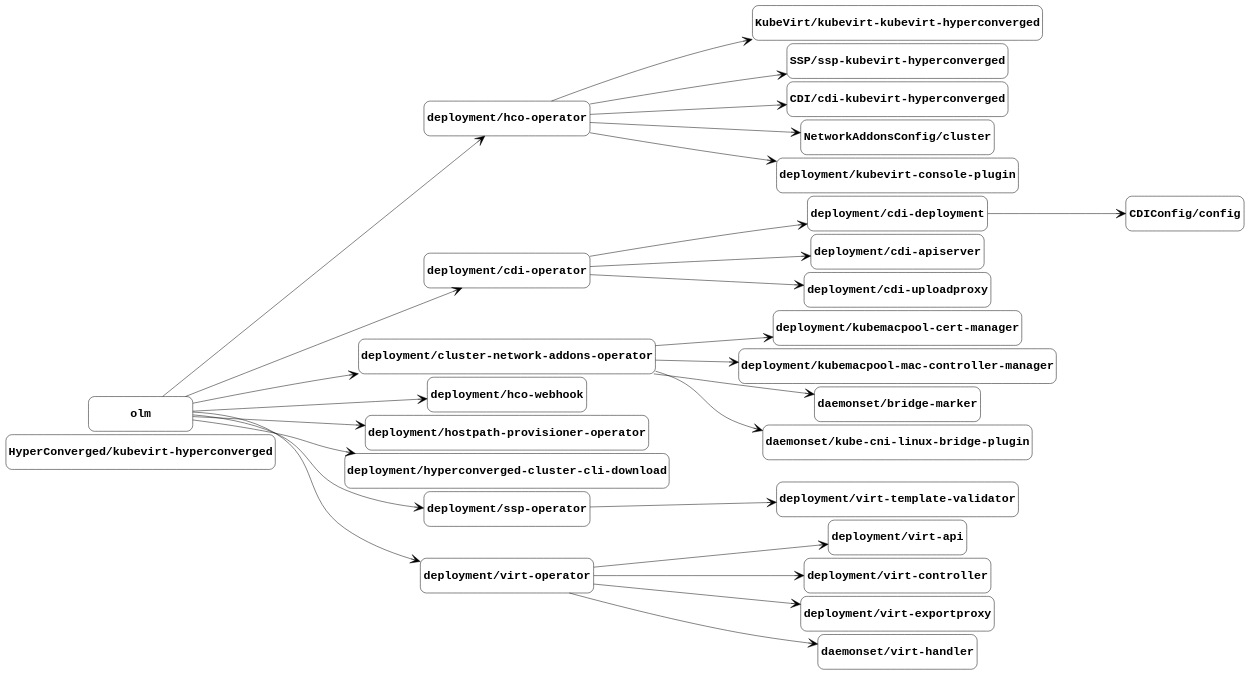
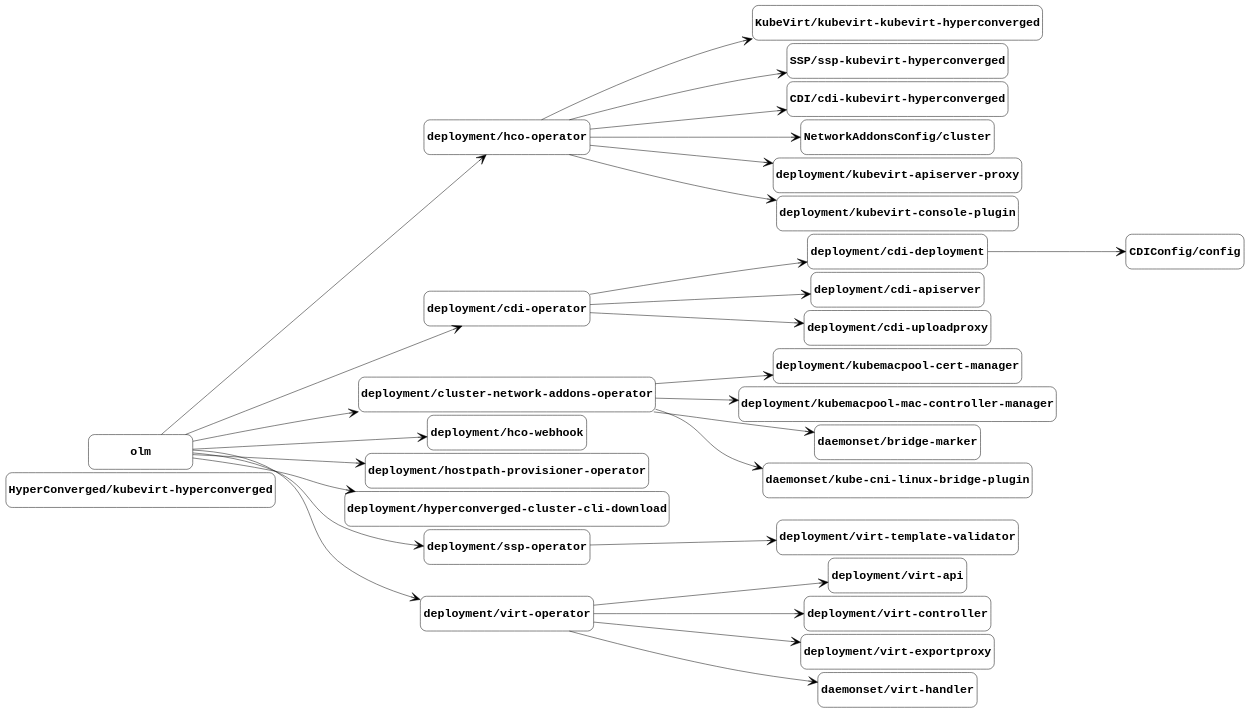
The diagram in docs/managed-by.gv (kubevirt/kubevirt), drawn with Graphviz before and after one commit. The commit also changed 3 other files, not shown here.

Commit message:
Update component graphs from the nightly job (#2408)

```diff
--- a/docs/managed-by.gv
+++ b/docs/managed-by.gv
@@ -1,84 +1,87 @@
 digraph "managed-by" {
 	graph [center=true margin=0.2 nodesep=0.1 rankdir=LR ranksep=2]
 	node [fontname="Courier-Bold" fontsize=24 height=1 shape=box style=rounded width=3]
 	edge [arrowhead=vee arrowsize=2]
 	"HyperConverged/kubevirt-hyperconverged" [label="HyperConverged/kubevirt-hyperconverged"]
 	"KubeVirt/kubevirt-kubevirt-hyperconverged" [label="KubeVirt/kubevirt-kubevirt-hyperconverged"]
 	"deployment/hco-operator" [label="deployment/hco-operator"]
 	"deployment/hco-operator" -> "KubeVirt/kubevirt-kubevirt-hyperconverged"
 	"SSP/ssp-kubevirt-hyperconverged" [label="SSP/ssp-kubevirt-hyperconverged"]
 	"deployment/hco-operator" [label="deployment/hco-operator"]
 	"deployment/hco-operator" -> "SSP/ssp-kubevirt-hyperconverged"
 	"CDI/cdi-kubevirt-hyperconverged" [label="CDI/cdi-kubevirt-hyperconverged"]
 	"deployment/hco-operator" [label="deployment/hco-operator"]
 	"deployment/hco-operator" -> "CDI/cdi-kubevirt-hyperconverged"
 	"CDIConfig/config" [label="CDIConfig/config"]
 	"deployment/cdi-deployment" [label="deployment/cdi-deployment"]
 	"deployment/cdi-deployment" -> "CDIConfig/config"
 	"NetworkAddonsConfig/cluster" [label="NetworkAddonsConfig/cluster"]
 	"deployment/hco-operator" [label="deployment/hco-operator"]
 	"deployment/hco-operator" -> "NetworkAddonsConfig/cluster"
 	"deployment/cdi-apiserver" [label="deployment/cdi-apiserver"]
 	"deployment/cdi-operator" [label="deployment/cdi-operator"]
 	"deployment/cdi-operator" -> "deployment/cdi-apiserver"
 	"deployment/cdi-deployment" [label="deployment/cdi-deployment"]
 	"deployment/cdi-operator" [label="deployment/cdi-operator"]
 	"deployment/cdi-operator" -> "deployment/cdi-deployment"
 	"deployment/cdi-operator" [label="deployment/cdi-operator"]
 	olm [label=olm]
 	olm -> "deployment/cdi-operator"
 	"deployment/cdi-uploadproxy" [label="deployment/cdi-uploadproxy"]
 	"deployment/cdi-operator" [label="deployment/cdi-operator"]
 	"deployment/cdi-operator" -> "deployment/cdi-uploadproxy"
 	"deployment/cluster-network-addons-operator" [label="deployment/cluster-network-addons-operator"]
 	olm [label=olm]
 	olm -> "deployment/cluster-network-addons-operator"
 	"deployment/hco-operator" [label="deployment/hco-operator"]
 	olm [label=olm]
 	olm -> "deployment/hco-operator"
 	"deployment/hco-webhook" [label="deployment/hco-webhook"]
 	olm [label=olm]
 	olm -> "deployment/hco-webhook"
 	"deployment/hostpath-provisioner-operator" [label="deployment/hostpath-provisioner-operator"]
 	olm [label=olm]
 	olm -> "deployment/hostpath-provisioner-operator"
 	"deployment/hyperconverged-cluster-cli-download" [label="deployment/hyperconverged-cluster-cli-download"]
 	olm [label=olm]
 	olm -> "deployment/hyperconverged-cluster-cli-download"
 	"deployment/kubemacpool-cert-manager" [label="deployment/kubemacpool-cert-manager"]
 	"deployment/cluster-network-addons-operator" [label="deployment/cluster-network-addons-operator"]
 	"deployment/cluster-network-addons-operator" -> "deployment/kubemacpool-cert-manager"
 	"deployment/kubemacpool-mac-controller-manager" [label="deployment/kubemacpool-mac-controller-manager"]
 	"deployment/cluster-network-addons-operator" [label="deployment/cluster-network-addons-operator"]
 	"deployment/cluster-network-addons-operator" -> "deployment/kubemacpool-mac-controller-manager"
+	"deployment/kubevirt-apiserver-proxy" [label="deployment/kubevirt-apiserver-proxy"]
+	"deployment/hco-operator" [label="deployment/hco-operator"]
+	"deployment/hco-operator" -> "deployment/kubevirt-apiserver-proxy"
 	"deployment/kubevirt-console-plugin" [label="deployment/kubevirt-console-plugin"]
 	"deployment/hco-operator" [label="deployment/hco-operator"]
 	"deployment/hco-operator" -> "deployment/kubevirt-console-plugin"
 	"deployment/ssp-operator" [label="deployment/ssp-operator"]
 	olm [label=olm]
 	olm -> "deployment/ssp-operator"
 	"deployment/virt-api" [label="deployment/virt-api"]
 	"deployment/virt-operator" [label="deployment/virt-operator"]
 	"deployment/virt-operator" -> "deployment/virt-api"
 	"deployment/virt-controller" [label="deployment/virt-controller"]
 	"deployment/virt-operator" [label="deployment/virt-operator"]
 	"deployment/virt-operator" -> "deployment/virt-controller"
 	"deployment/virt-exportproxy" [label="deployment/virt-exportproxy"]
 	"deployment/virt-operator" [label="deployment/virt-operator"]
 	"deployment/virt-operator" -> "deployment/virt-exportproxy"
 	"deployment/virt-operator" [label="deployment/virt-operator"]
 	olm [label=olm]
 	olm -> "deployment/virt-operator"
 	"deployment/virt-template-validator" [label="deployment/virt-template-validator"]
 	"deployment/ssp-operator" [label="deployment/ssp-operator"]
 	"deployment/ssp-operator" -> "deployment/virt-template-validator"
 	"daemonset/bridge-marker" [label="daemonset/bridge-marker"]
 	"deployment/cluster-network-addons-operator" [label="deployment/cluster-network-addons-operator"]
 	"deployment/cluster-network-addons-operator" -> "daemonset/bridge-marker"
 	"daemonset/kube-cni-linux-bridge-plugin" [label="daemonset/kube-cni-linux-bridge-plugin"]
 	"deployment/cluster-network-addons-operator" [label="deployment/cluster-network-addons-operator"]
 	"deployment/cluster-network-addons-operator" -> "daemonset/kube-cni-linux-bridge-plugin"
 	"daemonset/virt-handler" [label="daemonset/virt-handler"]
 	"deployment/virt-operator" [label="deployment/virt-operator"]
 	"deployment/virt-operator" -> "daemonset/virt-handler"
 }
```
